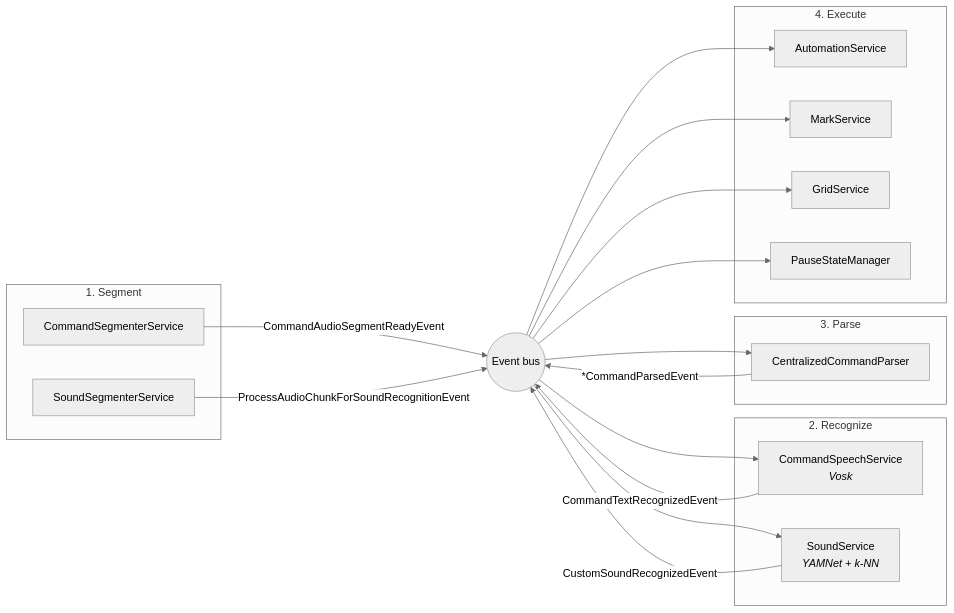
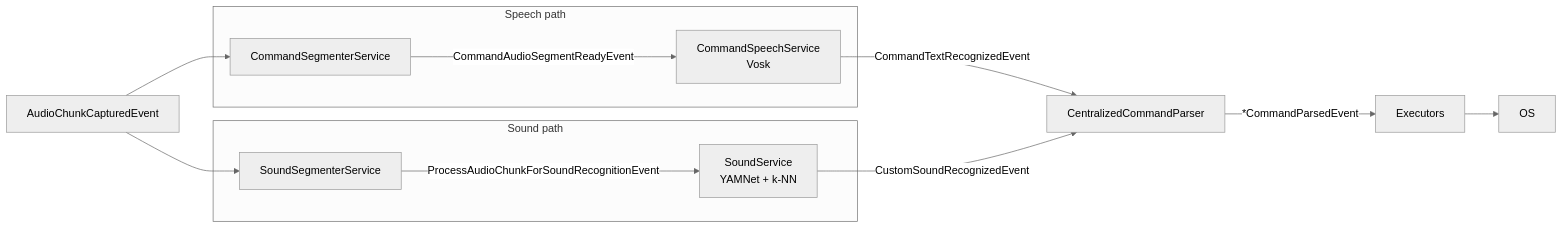
Before and after one commit to rick12000/vocalance: the second of 4 diagrams in docs/developer/features/command_flow.rst, drawn with Mermaid (neutral theme). The commit also changed other lines of this file and 30 other files, not shown here.

```diff
--- a/docs/developer/features/command_flow.rst
+++ b/docs/developer/features/command_flow.rst
@@ -34,33 +37,16 @@
 .. mermaid::
 
    flowchart LR
-       subgraph S1["1. Segment"]
-           CSeg[CommandSegmenterService]
-           SSeg[SoundSegmenterService]
+       Chunks[AudioChunkCapturedEvent]
+       subgraph Speech["Speech path"]
+           CSeg[CommandSegmenterService] -->|CommandAudioSegmentReadyEvent| CSpeech[CommandSpeechService<br/>Vosk]
        end
-       subgraph S2["2. Recognize"]
-           CSpeech[CommandSpeechService<br/><i>Vosk</i>]
-           SRec[SoundService<br/><i>YAMNet + k-NN</i>]
+       subgraph Sound["Sound path"]
+           SSeg[SoundSegmenterService] -->|ProcessAudioChunkForSoundRecognitionEvent| SRec[SoundService<br/>YAMNet + k-NN]
        end
-       subgraph S3["3. Parse"]
-           Parser[CentralizedCommandParser]
-       end
-       subgraph S4["4. Execute"]
-           Auto[AutomationService]
-           Mark[MarkService]
-           Grid[GridService]
-           Pause[PauseStateManager]
-       end
-       Bus((Event bus))
-       CSeg -->|CommandAudioSegmentReadyEvent| Bus
-       SSeg -->|ProcessAudioChunkForSoundRecognitionEvent| Bus
-       Bus --> CSpeech
-       Bus --> SRec
-       CSpeech -->|CommandTextRecognizedEvent| Bus
-       SRec -->|CustomSoundRecognizedEvent| Bus
-       Bus --> Parser
-       Parser -->|*CommandParsedEvent| Bus
-       Bus --> Auto
-       Bus --> Mark
-       Bus --> Grid
-       Bus --> Pause
+       Chunks --> CSeg
+       Chunks --> SSeg
+       CSpeech -->|CommandTextRecognizedEvent| Parser[CentralizedCommandParser]
+       SRec -->|CustomSoundRecognizedEvent| Parser
+       Parser -->|*CommandParsedEvent| Exec[Executors]
+       Exec --> OS
```
